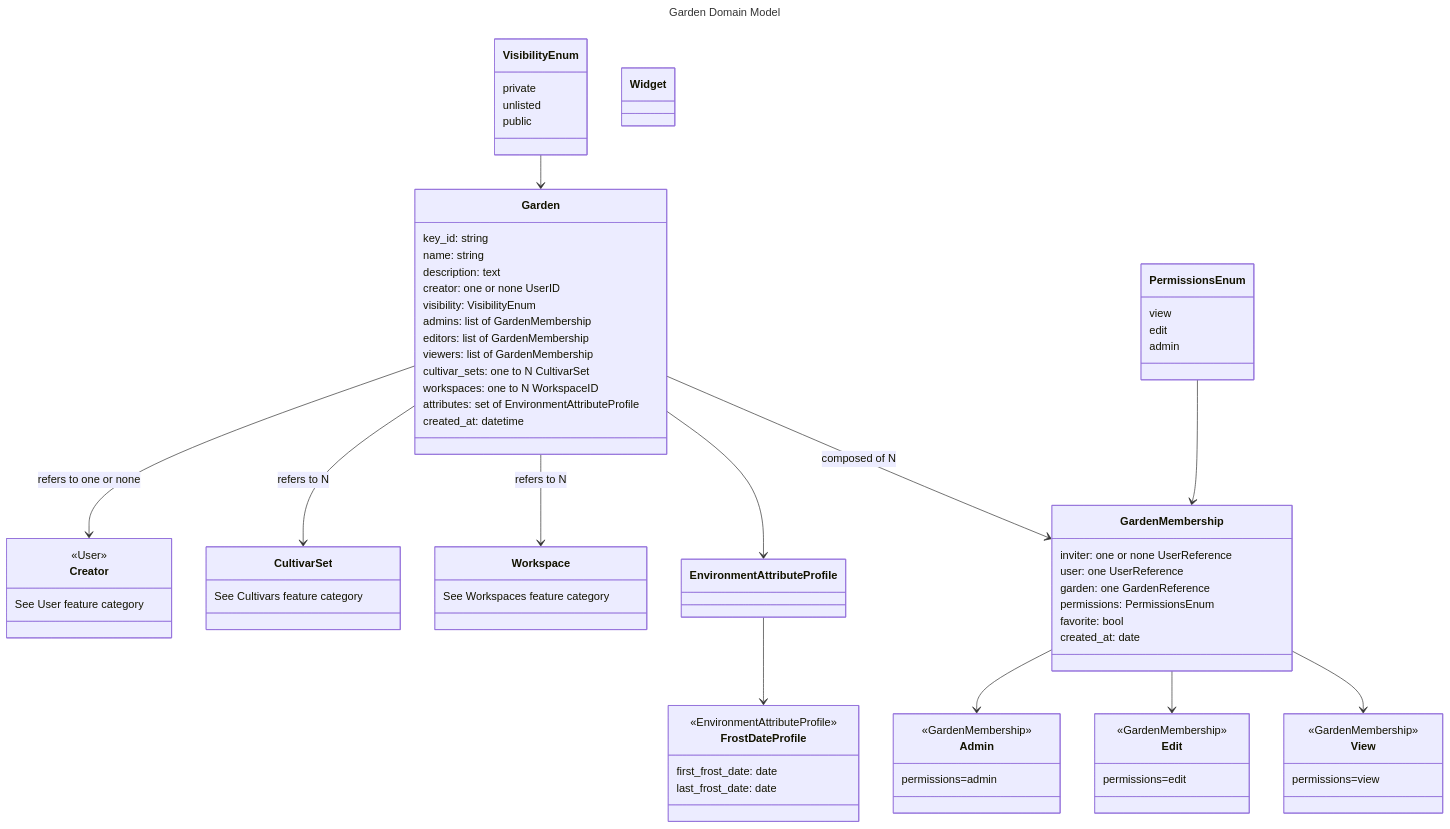
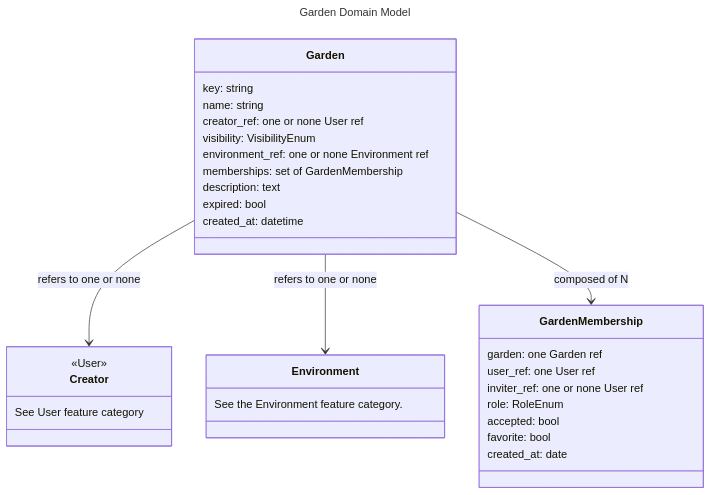
Before and after one commit to VerdanTech/VerdanTech-Outline: the diagram in gardens/models.md, drawn with Mermaid. The commit also changed other lines of this file and 2 other files, not shown here.

Commit message:
Updates gardens and users

````diff
--- a/gardens/models.md
+++ b/gardens/models.md
@@ -7,80 +7,34 @@
 classDiagram
     Garden
     Garden --> Creator : refers to one or none
-    Garden --> CultivarSet : refers to N
-    Garden --> Workspace : refers to N
-    Garden --> EnvironmentAttributeProfile 
-    VisibilityEnum --> Garden
-    EnvironmentAttributeProfile --> FrostDateProfile
-    Garden --> GardenMembership : composed of N  
-    GardenMembership --> Admin
-    GardenMembership --> Edit
-    GardenMembership --> View 
-    PermissionsEnum --> GardenMembership
+    Garden --> Environment : refers to one or none
+    Garden --> GardenMembership : composed of N
     class Garden{
-        key_id: string
+        key: string
         name: string
+        creator_ref: one or none User ref
+        visibility: VisibilityEnum
+        environment_ref: one or none Environment ref
+        memberships: set of GardenMembership
         description: text
-        creator: one or none UserID
-        visibility: VisibilityEnum
-        admins: list of GardenMembership
-        editors: list of GardenMembership
-        viewers: list of GardenMembership
-        cultivar_sets: one to N CultivarSet
-        workspaces: one to N WorkspaceID
-        attributes: set of EnvironmentAttributeProfile
+        expired: bool
         created_at: datetime
     }
     class Creator{
         <<User>>
         See User feature category 
     }
-    class VisibilityEnum{
-        private
-        unlisted
-        public
-    }
     class GardenMembership{
-        inviter: one or none UserReference
-        user: one UserReference
-        garden: one GardenReference
-        permissions: PermissionsEnum
+        garden: one Garden ref
+        user_ref: one User ref
+        inviter_ref: one or none User ref
+        role: RoleEnum
+        accepted: bool
         favorite: bool
         created_at: date
 
     }
-    class Admin{
-        <<GardenMembership>>
-        permissions=admin
-    }
-    class Edit{
-        <<GardenMembership>>
-        permissions=edit
-    }
-    class View{
-        <<GardenMembership>>
-        permissions=view
-    }
-    class PermissionsEnum{
-        view
-        edit
-        admin
-    }
-    class CultivarSet{
-        See Cultivars feature category
-    }
-    class Workspace{
-        See Workspaces feature category
-    }
-    class EnvironmentAttributeProfile{
-
-    }
-    class FrostDateProfile{
-        <<EnvironmentAttributeProfile>>
-        first_frost_date: date
-        last_frost_date: date
-    }
-    class Widget{
-        
+    class Environment{
+        See the Environment feature category.
     }
 ```
````
